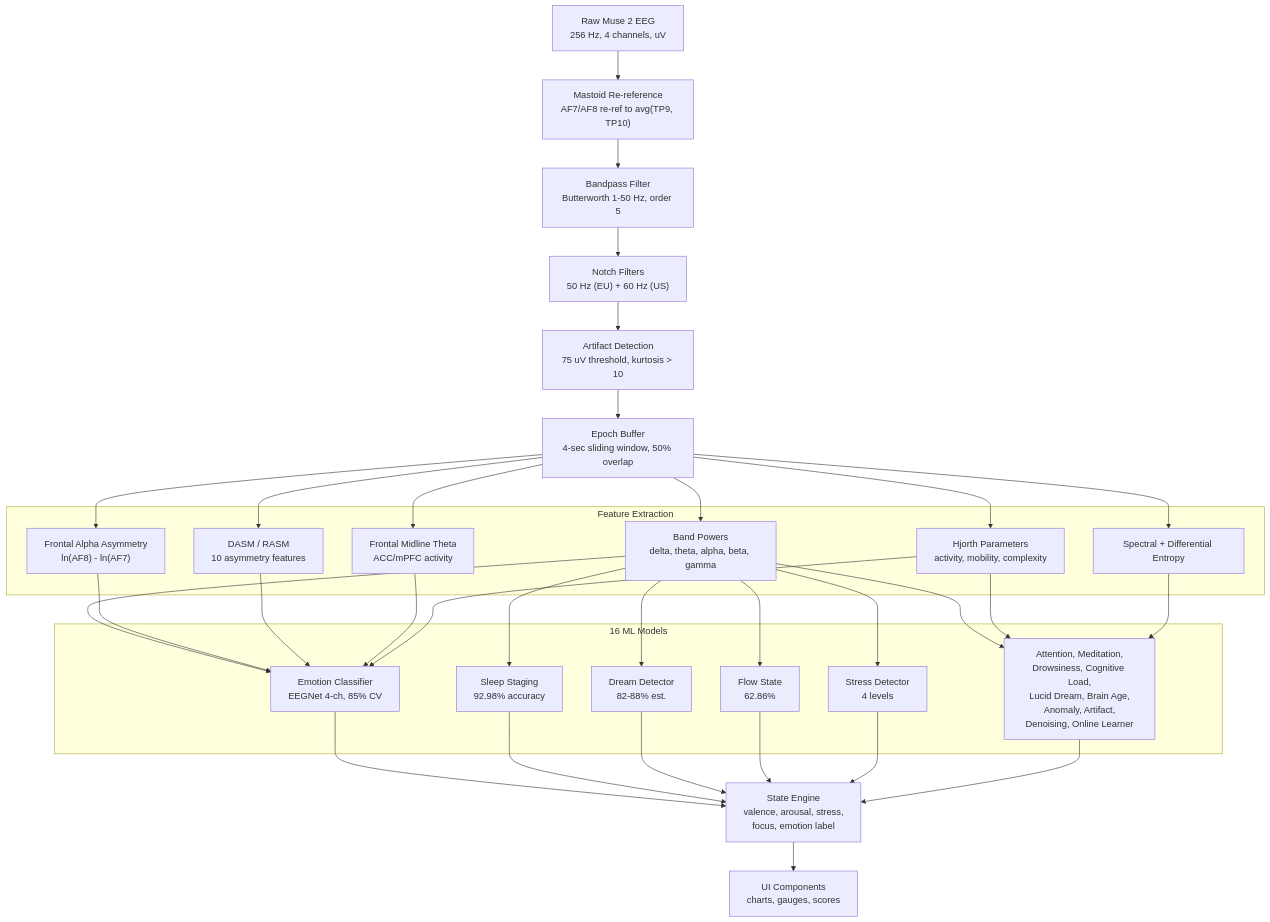
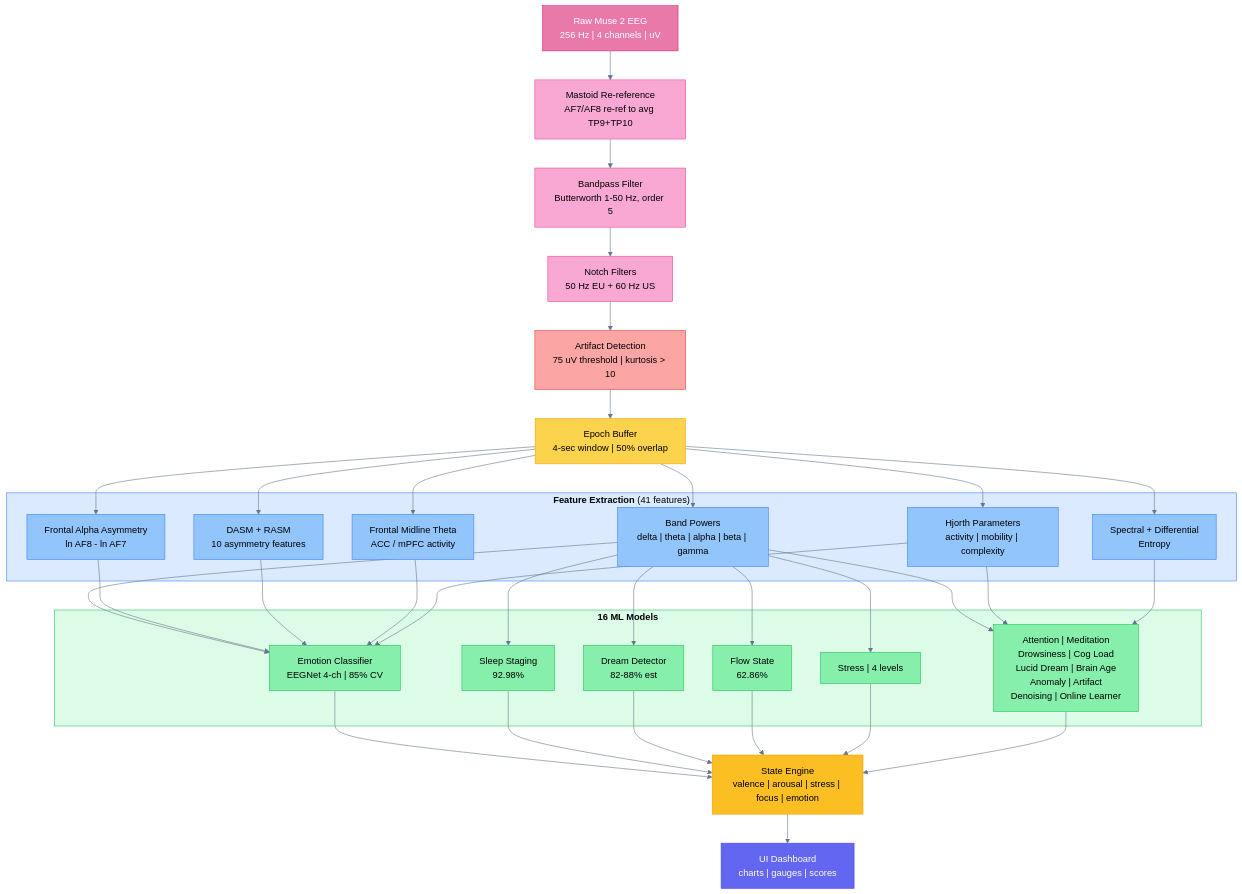
One commit to getzen-health/DreamAnalysis changed the third of 5 diagrams in README.md. Above: the diagram before and after it, drawn with Mermaid. The commit also changed other lines of this file, not shown here.

Commit message:
docs: beautiful colored Mermaid diagrams — purple app, cyan data, green DB, amber ML, pink EEG pipeline

````diff
--- a/README.md
+++ b/README.md
@@ -109,40 +146,67 @@
 ```mermaid
+%%{init: {'theme': 'base', 'themeVariables': { 'primaryColor': '#6366f1', 'lineColor': '#64748b'}}}%%
 graph TD
-    Raw["Raw Muse 2 EEG<br/>256 Hz, 4 channels, uV"]
-    Reref["Mastoid Re-reference<br/>AF7/AF8 re-ref to avg(TP9, TP10)"]
+    Raw["Raw Muse 2 EEG<br/>256 Hz | 4 channels | uV"]
+    Reref["Mastoid Re-reference<br/>AF7/AF8 re-ref to avg TP9+TP10"]
     BP["Bandpass Filter<br/>Butterworth 1-50 Hz, order 5"]
-    Notch["Notch Filters<br/>50 Hz (EU) + 60 Hz (US)"]
-    Artifact["Artifact Detection<br/>75 uV threshold, kurtosis > 10"]
-    Buffer["Epoch Buffer<br/>4-sec sliding window, 50% overlap"]
+    Notch["Notch Filters<br/>50 Hz EU + 60 Hz US"]
+    Artifact["Artifact Detection<br/>75 uV threshold | kurtosis &gt; 10"]
+    Buffer["Epoch Buffer<br/>4-sec window | 50% overlap"]
 
-    subgraph Features["Feature Extraction"]
-        Band["Band Powers<br/>delta, theta, alpha, beta, gamma"]
-        FAA["Frontal Alpha Asymmetry<br/>ln(AF8) - ln(AF7)"]
-        DASM["DASM / RASM<br/>10 asymmetry features"]
-        FMT["Frontal Midline Theta<br/>ACC/mPFC activity"]
-        Hjorth["Hjorth Parameters<br/>activity, mobility, complexity"]
-        Entropy["Spectral + Differential Entropy"]
+    subgraph Features["<b>Feature Extraction</b> (41 features)"]
+        Band["Band Powers<br/>delta | theta | alpha | beta | gamma"]
+        FAA["Frontal Alpha Asymmetry<br/>ln AF8 - ln AF7"]
+        DASM["DASM + RASM<br/>10 asymmetry features"]
+        FMT["Frontal Midline Theta<br/>ACC / mPFC activity"]
+        Hjorth["Hjorth Parameters<br/>activity | mobility | complexity"]
+        Entropy["Spectral + Differential<br/>Entropy"]
     end
 
-    subgraph Models["16 ML Models"]
-        Emotion["Emotion Classifier<br/>EEGNet 4-ch, 85% CV"]
-        Sleep["Sleep Staging<br/>92.98% accuracy"]
-        Dream["Dream Detector<br/>82-88% est."]
+    subgraph Models["<b>16 ML Models</b>"]
+        Emotion["Emotion Classifier<br/>EEGNet 4-ch | 85% CV"]
+        Sleep["Sleep Staging<br/>92.98%"]
+        Dream["Dream Detector<br/>82-88% est"]
         FlowM["Flow State<br/>62.86%"]
-        StressM["Stress Detector<br/>4 levels"]
-        Others["Attention, Meditation,<br/>Drowsiness, Cognitive Load,<br/>Lucid Dream, Brain Age,<br/>Anomaly, Artifact,<br/>Denoising, Online Learner"]
+        StressM["Stress | 4 levels"]
+        Others["Attention | Meditation<br/>Drowsiness | Cog Load<br/>Lucid Dream | Brain Age<br/>Anomaly | Artifact<br/>Denoising | Online Learner"]
     end
 
-    StateEngine["State Engine<br/>valence, arousal, stress,<br/>focus, emotion label"]
-    UIOut["UI Components<br/>charts, gauges, scores"]
+    StateEngine["State Engine<br/>valence | arousal | stress | focus | emotion"]
+    UIOut["UI Dashboard<br/>charts | gauges | scores"]
 
     Raw --> Reref --> BP --> Notch --> Artifact --> Buffer
     Buffer --> Band & FAA & DASM & FMT & Hjorth & Entropy
     Band --> Emotion & Sleep & Dream & FlowM & StressM & Others
     FAA --> Emotion
     DASM --> Emotion
     FMT --> Emotion
     Hjorth --> Emotion & Others
     Entropy --> Others
     Emotion & Sleep & Dream & FlowM & StressM & Others --> StateEngine --> UIOut
+
+    style Raw fill:#e879a8,stroke:#db2777,color:#fff
+    style Reref fill:#f9a8d4,stroke:#ec4899,color:#000
+    style BP fill:#f9a8d4,stroke:#ec4899,color:#000
+    style Notch fill:#f9a8d4,stroke:#ec4899,color:#000
+    style Artifact fill:#fca5a5,stroke:#ef4444,color:#000
+    style Buffer fill:#fcd34d,stroke:#f59e0b,color:#000
+
+    style Features fill:#dbeafe,stroke:#3b82f6,color:#000
+    style Band fill:#93c5fd,stroke:#3b82f6,color:#000
+    style FAA fill:#93c5fd,stroke:#3b82f6,color:#000
+    style DASM fill:#93c5fd,stroke:#3b82f6,color:#000
+    style FMT fill:#93c5fd,stroke:#3b82f6,color:#000
+    style Hjorth fill:#93c5fd,stroke:#3b82f6,color:#000
+    style Entropy fill:#93c5fd,stroke:#3b82f6,color:#000
+
+    style Models fill:#dcfce7,stroke:#22c55e,color:#000
+    style Emotion fill:#86efac,stroke:#22c55e,color:#000
+    style Sleep fill:#86efac,stroke:#22c55e,color:#000
+    style Dream fill:#86efac,stroke:#22c55e,color:#000
+    style FlowM fill:#86efac,stroke:#22c55e,color:#000
+    style StressM fill:#86efac,stroke:#22c55e,color:#000
+    style Others fill:#86efac,stroke:#22c55e,color:#000
+
+    style StateEngine fill:#fbbf24,stroke:#f59e0b,color:#000
+    style UIOut fill:#6366f1,stroke:#4f46e5,color:#fff
 ```
````
